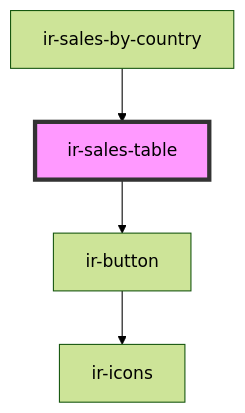
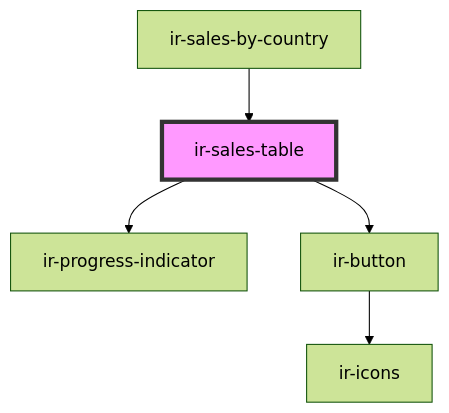
One commit to RonyRizk/ir-webcmp changed the diagram in src/components/ir-sales-by-country/ir-sales-table/readme.md. Above: the diagram before and after it, drawn with Mermaid (forest theme). The commit also changed other lines of this file and 40 other files, not shown here.

````diff
--- a/src/components/ir-sales-by-country/ir-sales-table/readme.md
+++ b/src/components/ir-sales-by-country/ir-sales-table/readme.md
@@ -27,7 +28,8 @@
 ```mermaid
 graph TD;
+  ir-sales-table --> ir-progress-indicator
   ir-sales-table --> ir-button
   ir-button --> ir-icons
   ir-sales-by-country --> ir-sales-table
   style ir-sales-table fill:#f9f,stroke:#333,stroke-width:4px
 ```
````
